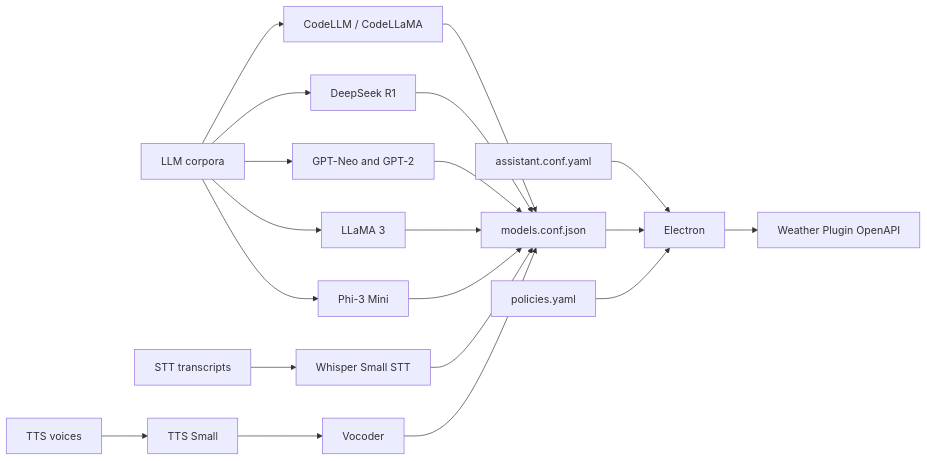
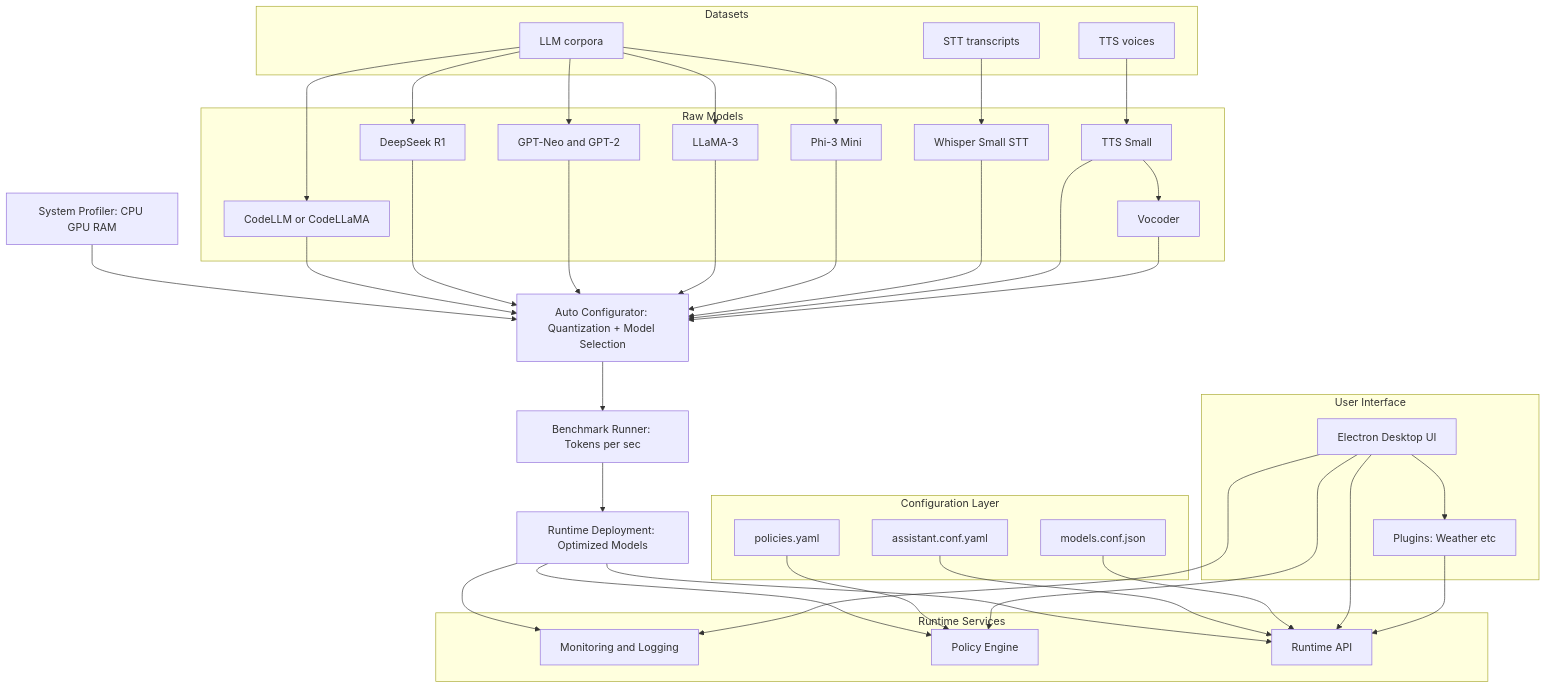
One commit to IbrokhimN/IJAI changed the diagram in README.md. Above: the diagram before and after it, drawn with Mermaid.

````diff
--- a/README.md
+++ b/README.md
@@ -127,30 +127,56 @@
 ```mermaid
-flowchart LR
+flowchart TB
+    %% === SYSTEM CHECK ===
+    SYS[System Profiler: CPU GPU RAM]
+
+    %% === OPTIMIZATION PIPELINE ===
+    OPT[Auto Configurator: Quantization + Model Selection]
+    BENCH[Benchmark Runner: Tokens per sec]
+    DEPLOY[Runtime Deployment: Optimized Models]
+
+    %% === RAW MODELS ===
+    subgraph RAW [Raw Models]
+        M1[CodeLLM or CodeLLaMA]
+        M2[DeepSeek R1]
+        M3[GPT-Neo and GPT-2]
+        M4[LLaMA-3]
+        M5[Phi-3 Mini]
+        M6[Whisper Small STT]
+        M7[TTS Small]
+        M8[Vocoder]
+    end
+
     %% === DATASETS ===
-    D1[LLM corpora]
-    D2[STT transcripts]
-    D3[TTS voices]
-
-    %% === MODELS ===
-    M1[CodeLLM / CodeLLaMA]
-    M2[DeepSeek R1]
-    M3[GPT-Neo and GPT-2]
-    M4[LLaMA 3]
-    M5[Phi-3 Mini]
-    M6[Whisper Small STT]
-    M7[TTS Small]
-    M8[Vocoder]
+    subgraph DATA [Datasets]
+        D1[LLM corpora]
+        D2[STT transcripts]
+        D3[TTS voices]
+    end
 
     %% === CONFIGS ===
-    C1[assistant.conf.yaml]
-    C2[models.conf.json]
-    C3[policies.yaml]
+    subgraph CFG [Configuration Layer]
+        C1[assistant.conf.yaml]
+        C2[models.conf.json]
+        C3[policies.yaml]
+    end
+
+    %% === RUNTIME SERVICES ===
+    subgraph RUNTIME [Runtime Services]
+        MON[Monitoring and Logging]
+        SEC[Policy Engine]
+        API[Runtime API]
+    end
 
     %% === UI & PLUGINS ===
-    U1[Electron]
-    P1[Weather Plugin OpenAPI]
+    subgraph UI [User Interface]
+        U1[Electron Desktop UI]
+        P1[Plugins: Weather etc]
+    end
 
     %% === FLOWS ===
+    SYS --> OPT --> BENCH --> DEPLOY
+
+    %% DATA → RAW MODELS
     D1 --> M1
     D1 --> M2
     D1 --> M3
@@ -159,18 +185,31 @@
     D2 --> M6
     D3 --> M7 --> M8
 
-    M1 --> C2
-    M2 --> C2
-    M3 --> C2
-    M4 --> C2
-    M5 --> C2
-    M6 --> C2
-    M8 --> C2
+    %% RAW MODELS → OPTIMIZER
+    M1 --> OPT
+    M2 --> OPT
+    M3 --> OPT
+    M4 --> OPT
+    M5 --> OPT
+    M6 --> OPT
+    M7 --> OPT
+    M8 --> OPT
 
-    C1 --> U1
-    C2 --> U1
-    C3 --> U1
+    %% OPTIMIZED DEPLOY → RUNTIME SERVICES
+    DEPLOY --> API
+    DEPLOY --> MON
+    DEPLOY --> SEC
 
+    %% CONFIGS
+    C1 --> API
+    C2 --> API
+    C3 --> SEC
+
+    %% UI LAYER
+    U1 --> API
+    U1 --> MON
+    U1 --> SEC
     U1 --> P1
+    P1 --> API
 
 ```
````
